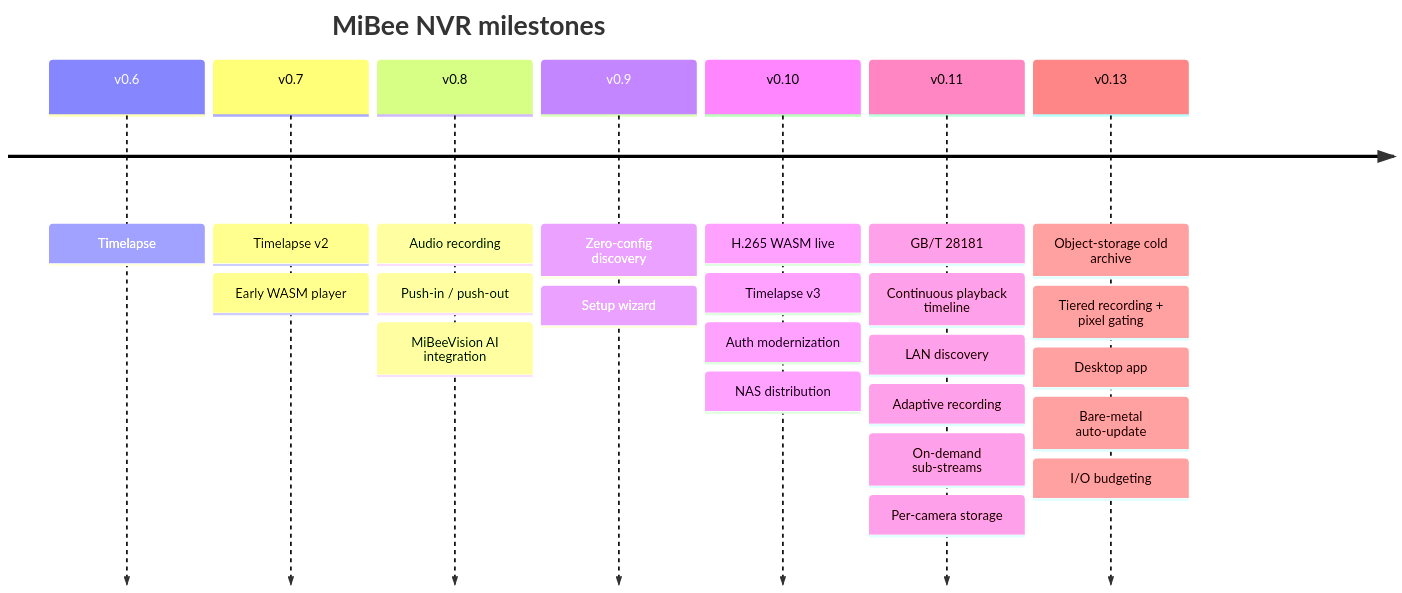
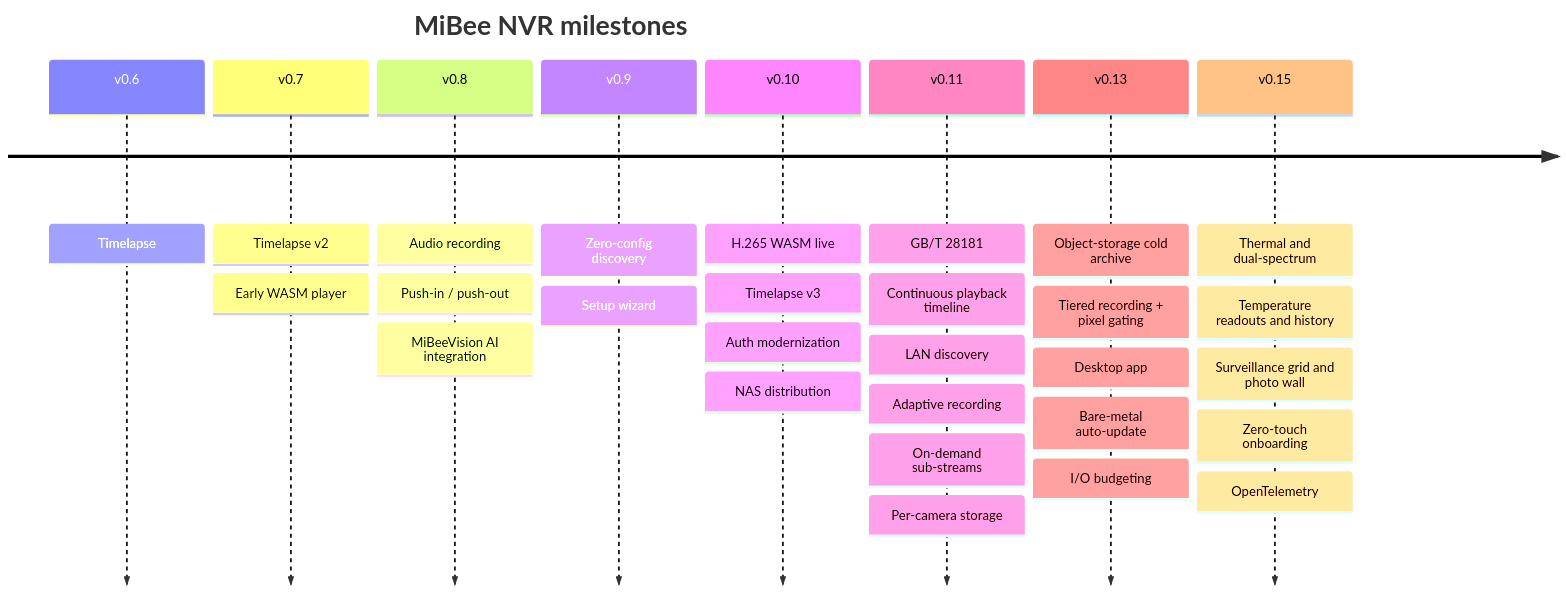
One commit to Mi-Bee-Studio/mibee-docs changed the diagram in mibeenvr/en-US/features.md. Above: the diagram before and after it, drawn with Mermaid. The commit also changed other lines of this file and 1107 other files, not shown here.

````diff
--- a/mibeenvr/en-US/features.md
+++ b/mibeenvr/en-US/features.md
@@ -133,11 +136,12 @@
 ```mermaid
 timeline
     title MiBee NVR milestones
     v0.6 : Timelapse
     v0.7 : Timelapse v2 : Early WASM player
     v0.8 : Audio recording : Push-in / push-out : MiBeeVision AI integration
     v0.9 : Zero-config discovery : Setup wizard
     v0.10 : H.265 WASM live : Timelapse v3 : Auth modernization : NAS distribution
     v0.11 : GB/T 28181 : Continuous playback timeline : LAN discovery : Adaptive recording : On-demand sub-streams : Per-camera storage
     v0.13 : Object-storage cold archive : Tiered recording + pixel gating : Desktop app : Bare-metal auto-update : I/O budgeting
+    v0.15 : Thermal and dual-spectrum : Temperature readouts and history : Surveillance grid and photo wall : Zero-touch onboarding : OpenTelemetry
 ```
````
